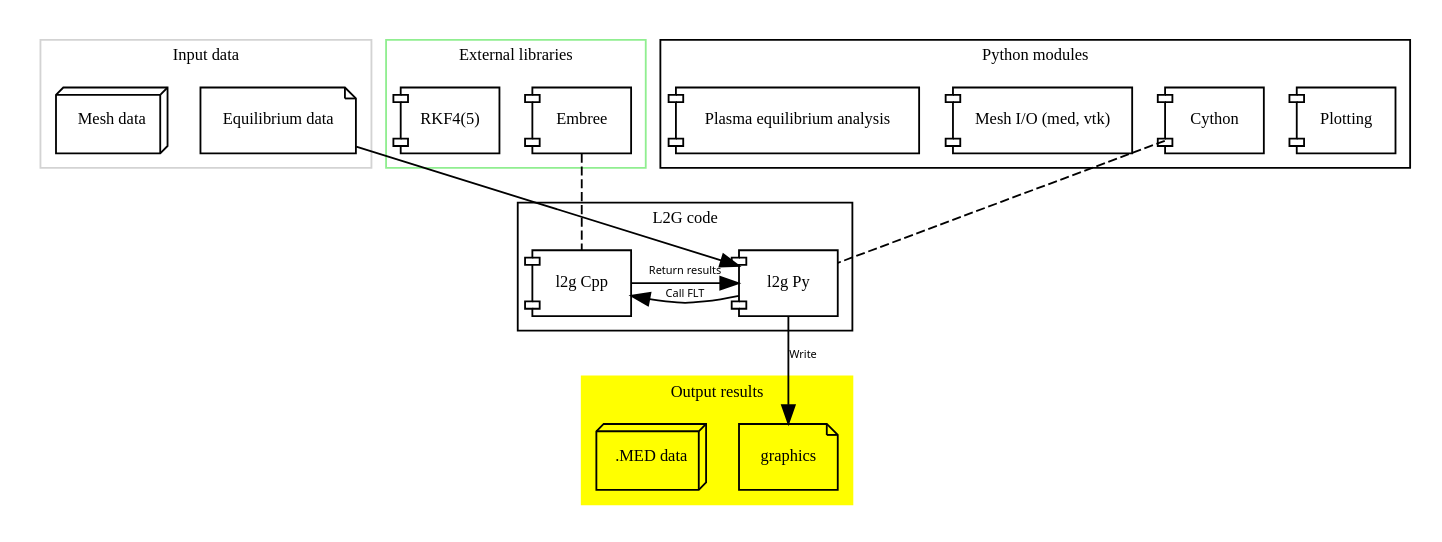
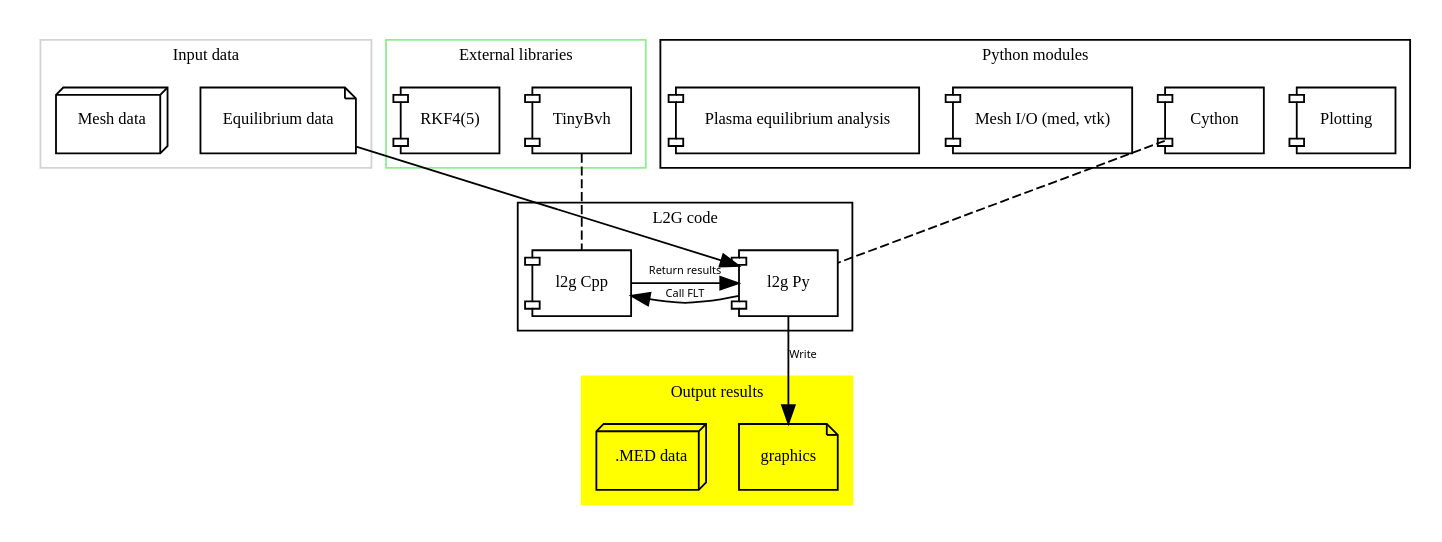
One commit to iterorganization/L2G changed the diagram in doc/source/digest.rst. Above: the diagram before and after it, drawn with Graphviz. The commit also changed other lines of this file and 21 other files, not shown here.

```diff
--- a/doc/source/digest.rst
+++ b/doc/source/digest.rst
@@ -24,78 +24,78 @@
 .. graphviz::
    :name: l2g workflow
    :caption: L2G scheme
    :align: center
 
     digraph "l2g-workflow" {
         size="8,6";
         rankdir="TD";
         splines=false;
         compound=true;
 
         graph [fontname="Verdana", fontsize="9"];
         node [fontname="Verdana", fontsize="9"];
         edge [fontname="Sans", fontsize="6"];
 
         l2g_py [label="l2g Py", shape="component", target="_blank"];
         l2g_cpp [label="l2g Cpp", shape="component", target="_blank"];
 
         output_graphics [label="graphics", shape="note",];
         output_data [label=".MED data", shape="box3d"]
 
         input_equil [label="Equilibrium data", shape="note"]
         input_mesh [label="Mesh data", shape="box3d"]
 
-        ext_embree [label="Embree", shape="component", href="https://www.embree.org/", target="_blank"]
+        ext_tinybvh [label="TinyBvh", shape="component", href="https://github.com/jbikker/tinybvh", target="_blank"]
         ext_rkf45 [label="RKF4(5)", shape="component"]
 
         py_plot [label="Plotting", shape="component"]
         py_cython [label="Cython", shape="component", href="https://cython.org/"]
         py_mesh [label="Mesh I/O (med, vtk)", shape="component"]
         py_analysis [label="Plasma equilibrium analysis", shape="component"]
 
         subgraph cluster_1 {
             color=lightgreen;
 
-            {ext_embree ext_rkf45};
+            {ext_tinybvh ext_rkf45};
             label="External libraries";
         }
 
         subgraph cluster_2 {
             {py_plot py_cython py_mesh py_analysis};
             label="Python modules"
         }
 
         subgraph cluster_3 {
             /*rank=UD;*/
 
             l2g_py -> l2g_cpp [label="Call FLT", constraint=false];
             l2g_cpp -> l2g_py [label="Return results", constraint=false];
             label="L2G code";
         }
 
         subgraph cluster_4 {
             color=lightgrey;
 
             input_equil;
             input_mesh;
             label="Input data";
         }
 
         subgraph cluster_5 {
             style=filled;
             color=yellow;
 
             "output_graphics";
             "output_data";
             label="Output results";
         }
 
 
         /* Connections */
         input_equil -> l2g_py [ltail=cluster_0]
         /*l2g_py -> input_equil [dir=back, lhead=cluster_0]*/
         l2g_py -> output_graphics [lhead=cluster_2, label="Write"]
         py_cython -> l2g_py [ltail=cluster_4, style=dashed, arrowhead=none]
-        ext_embree -> l2g_cpp [ltail=cluster_3, style=dashed, arrowhead=none]
+        ext_tinybvh -> l2g_cpp [ltail=cluster_3, style=dashed, arrowhead=none]
 
     }
```
